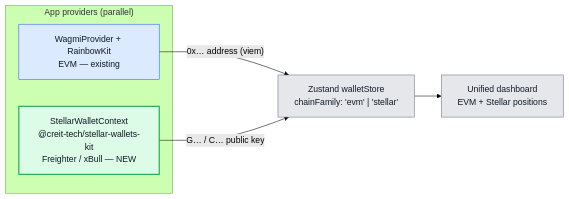
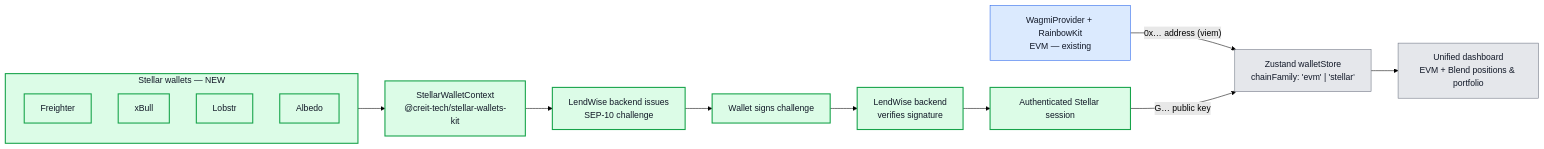
The third of 3 diagrams in docs/architecture-blend-flow.md (cedricmagne/lendwise), drawn with Mermaid (forest theme) before and after one commit. The commit also changed other lines of this file and 1 other file, not shown here.

Commit message:
chore: update architecture stellar & bland diagram

````diff
--- a/docs/architecture-blend-flow.md
+++ b/docs/architecture-blend-flow.md
@@ -91,18 +139,27 @@
 ```mermaid
 flowchart LR
-    subgraph Providers["App providers (parallel)"]
-        Wagmi["WagmiProvider + RainbowKit<br/>EVM — existing"]
-        StellarKit["StellarWalletContext<br/>@creit-tech/stellar-wallets-kit<br/>Freighter / xBull — NEW"]
+    subgraph Wallets["Stellar wallets — NEW"]
+        direction TB
+        Freighter["Freighter"]
+        XBull["xBull"]
+        Lobstr["Lobstr"]
+        Albedo["Albedo"]
     end
 
-    Wagmi -->|"0x… address (viem)"| Store["Zustand walletStore<br/>chainFamily: 'evm' | 'stellar'"]
-    StellarKit -->|"G… / C… public key"| Store
-    Store --> Dashboard["Unified dashboard<br/>EVM + Stellar positions"]
+    Wallets --> StellarKit["StellarWalletContext<br/>@creit-tech/stellar-wallets-kit"]
+    StellarKit --> Challenge["LendWise backend issues<br/>SEP-10 challenge"]
+    Challenge --> Sign["Wallet signs challenge"]
+    Sign --> Verify["LendWise backend<br/>verifies signature"]
+    Verify --> Session["Authenticated Stellar session"]
+
+    Wagmi["WagmiProvider + RainbowKit<br/>EVM — existing"] -->|"0x… address (viem)"| Store["Zustand walletStore<br/>chainFamily: 'evm' | 'stellar'"]
+    Session -->|"G… public key"| Store
+    Store --> Dashboard["Unified dashboard<br/>EVM + Blend positions & portfolio"]
 
     classDef core fill:#e5e7eb,stroke:#6b7280,color:#111827;
     classDef evm fill:#dbeafe,stroke:#2563eb,color:#111827;
     classDef stellar fill:#dcfce7,stroke:#16a34a,color:#111827,stroke-width:2px;
     class Store,Dashboard core;
     class Wagmi evm;
-    class StellarKit stellar;
+    class Wallets,Freighter,XBull,Lobstr,Albedo,StellarKit,Challenge,Sign,Verify,Session stellar;
 ```
````
